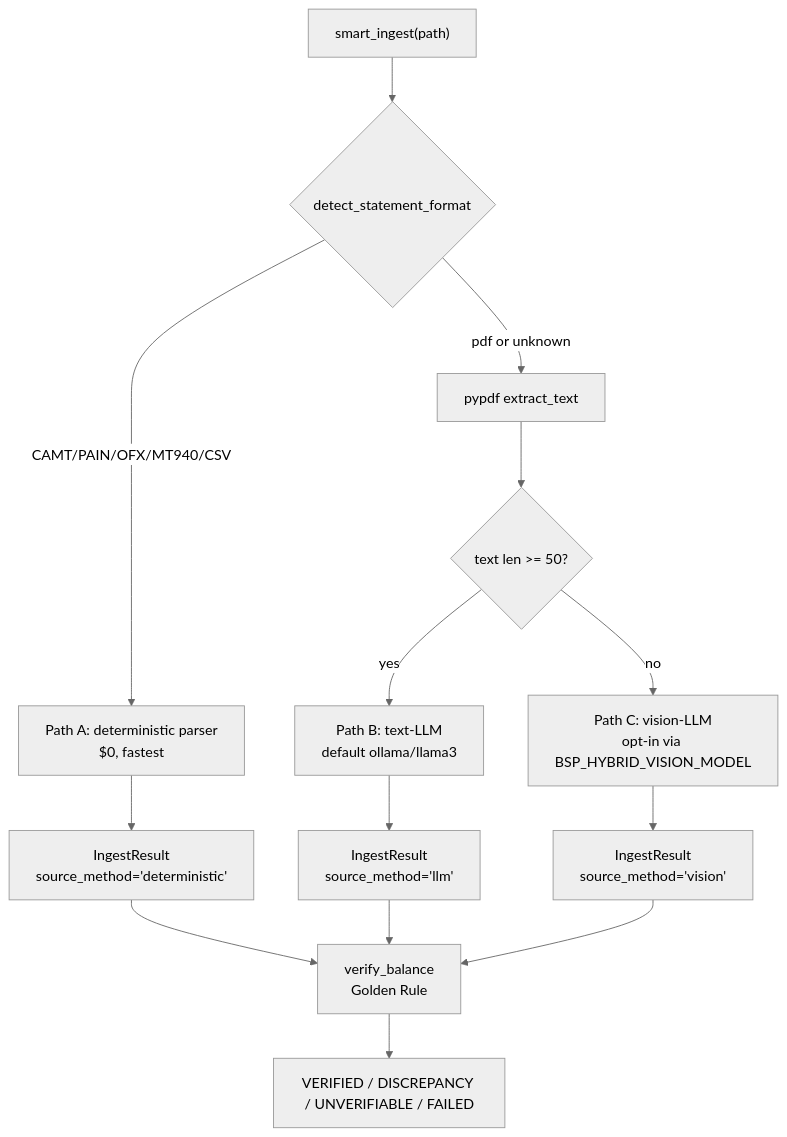
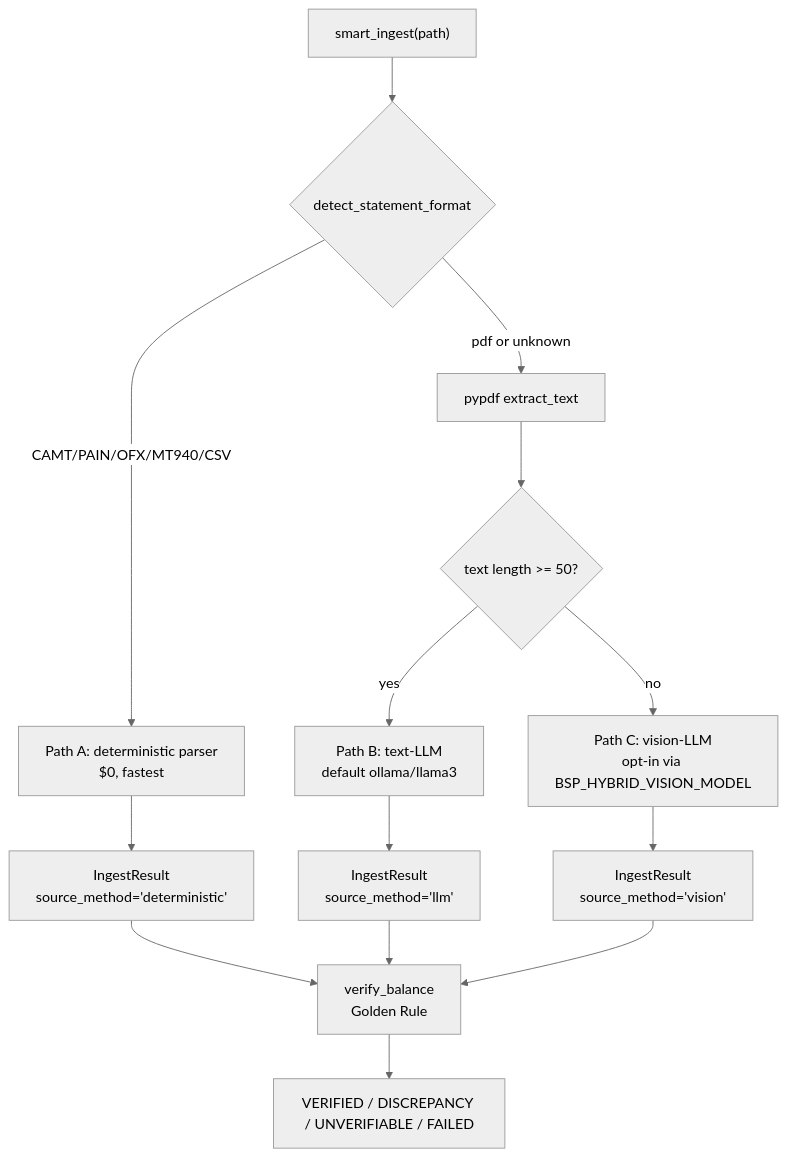
Before and after one commit to sebastienrousseau/bankstatementparser: the diagram in README.md, drawn with Mermaid (neutral theme). The commit also changed other lines of this file and 1 other file, not shown here.

Commit message:
docs: fix Mermaid diagram syntax and add centered logo in README

````diff
--- a/README.md
+++ b/README.md
@@ -258,20 +267,20 @@
 ```mermaid
 flowchart TD
-    A[smart_ingest&lpar;path&rpar;] --> B{detect_statement_format}
-    B -- CAMT/PAIN/OFX/MT940/CSV --> C[Path A: deterministic parser<br/>$0, fastest]
-    C --> Z[IngestResult<br/>source_method='deterministic']
+    A["smart_ingest(path)"] --> B{"detect_statement_format"}
+    B -->|CAMT/PAIN/OFX/MT940/CSV| C["Path A: deterministic parser<br/>$0, fastest"]
+    C --> Z["IngestResult<br/>source_method='deterministic'"]
 
-    B -- pdf or unknown --> D[pypdf extract_text]
-    D --> E{text len &gt;= 50?}
+    B -->|pdf or unknown| D["pypdf extract_text"]
+    D --> E{"text length >= 50?"}
 
-    E -- yes --> F[Path B: text-LLM<br/>default ollama/llama3]
-    F --> Y[IngestResult<br/>source_method='llm']
+    E -->|yes| F["Path B: text-LLM<br/>default ollama/llama3"]
+    F --> Y["IngestResult<br/>source_method='llm'"]
 
-    E -- no --> G[Path C: vision-LLM<br/>opt-in via BSP_HYBRID_VISION_MODEL]
-    G --> X[IngestResult<br/>source_method='vision']
+    E -->|no| G["Path C: vision-LLM<br/>opt-in via BSP_HYBRID_VISION_MODEL"]
+    G --> X["IngestResult<br/>source_method='vision'"]
 
-    Z --> V[verify_balance<br/>Golden Rule]
+    Z --> V["verify_balance<br/>Golden Rule"]
     Y --> V
     X --> V
-    V --> R[VERIFIED / DISCREPANCY / UNVERIFIABLE / FAILED]
+    V --> R["VERIFIED / DISCREPANCY / UNVERIFIABLE / FAILED"]
 ```
````
